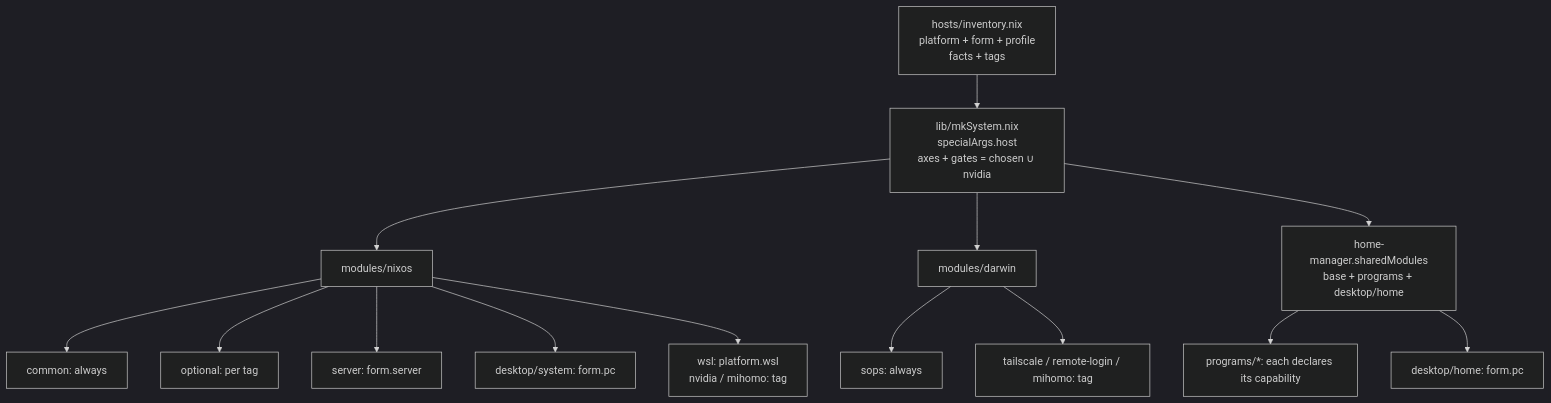
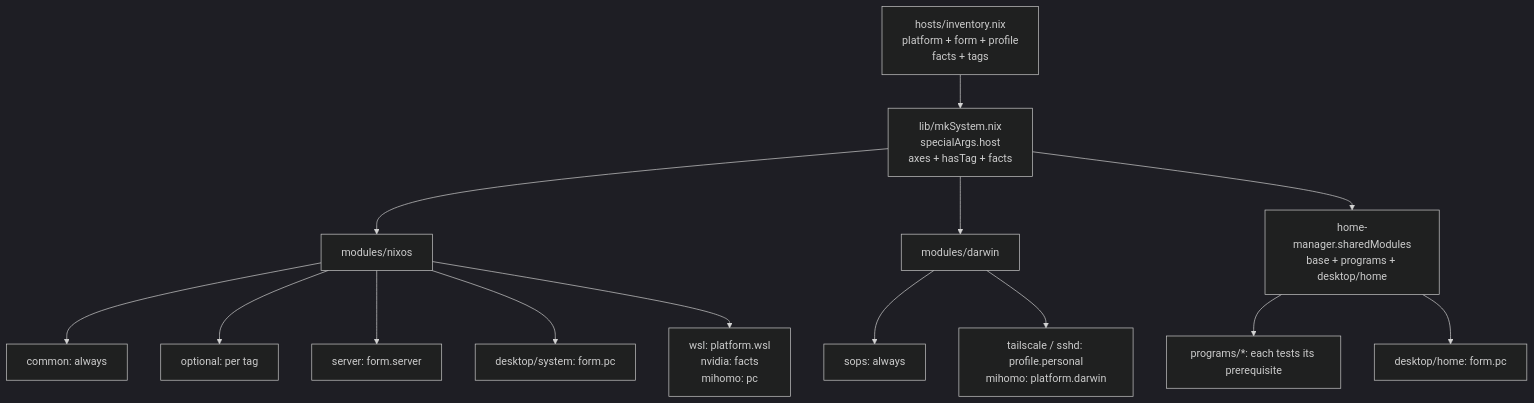
Before and after one commit to zineyu/nixos-config: the diagram in CONTEXT.md, drawn with Mermaid (dark theme). The commit also changed other lines of this file and 10 other files, not shown here.

First line of the commit message:
docs: rewrite host metadata as axes, labels and derived gates

````diff
--- a/CONTEXT.md
+++ b/CONTEXT.md
@@ -72,16 +73,16 @@
 ```mermaid
 graph TD
-    Inv["hosts/inventory.nix<br/>platform + form + profile<br/>facts + tags"] --> Mk["lib/mkSystem.nix<br/>specialArgs.host<br/>axes + gates = chosen ∪ nvidia"]
+    Inv["hosts/inventory.nix<br/>platform + form + profile<br/>facts + tags"] --> Mk["lib/mkSystem.nix<br/>specialArgs.host<br/>axes + hasTag + facts"]
     Mk --> Nix["modules/nixos"]
     Mk --> Dar["modules/darwin"]
     Mk --> HM["home-manager.sharedModules<br/>base + programs + desktop/home"]
     Nix --> G1["common: always"]
     Nix --> G2["optional: per tag"]
     Nix --> G3["server: form.server"]
     Nix --> G4["desktop/system: form.pc"]
-    Nix --> G5["wsl: platform.wsl<br/>nvidia / mihomo: tag"]
+    Nix --> G5["wsl: platform.wsl<br/>nvidia: facts<br/>mihomo: pc"]
     Dar --> G6["sops: always"]
-    Dar --> G7["tailscale / remote-login / mihomo: tag"]
-    HM --> G8["programs/*: each declares its capability"]
+    Dar --> G7["tailscale / sshd: profile.personal<br/>mihomo: platform.darwin"]
+    HM --> G8["programs/*: each tests its prerequisite"]
     HM --> G9["desktop/home: form.pc"]
 ```
````
